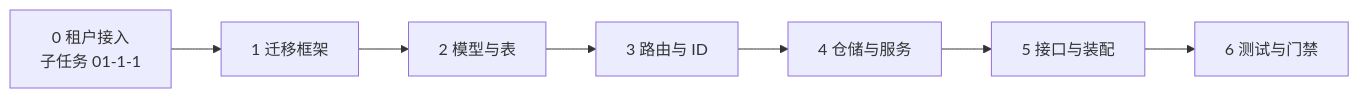
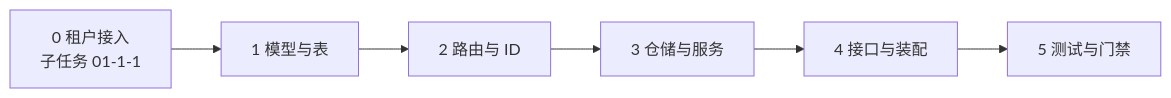
The diagram in msg文档/项目/08B_消息平台/任务/01_消息模型与投递/01_消息模型与投递_01_主题与分区模型/设计/01_详细设计_01_主题与分区模型.md (minjian123/message-platform), drawn with Mermaid before and after one commit. The commit also changed other lines of this file and 6 other files, not shown here.

````diff
--- a/msg文档/项目/08B_消息平台/任务/01_消息模型与投递/01_消息模型与投递_01_主题与分区模型/设计/01_详细设计_01_主题与分区模型.md
+++ b/msg文档/项目/08B_消息平台/任务/01_消息模型与投递/01_消息模型与投递_01_主题与分区模型/设计/01_详细设计_01_主题与分区模型.md
@@ -321,9 +335,8 @@
 ```mermaid
 flowchart LR
-    S0["0 租户接入<br/>子任务 01-1-1"] --> S1["1 迁移框架"]
-    S1 --> S2["2 模型与表"]
-    S2 --> S3["3 路由与 ID"]
-    S3 --> S4["4 仓储与服务"]
-    S4 --> S5["5 接口与装配"]
-    S5 --> S6["6 测试与门禁"]
+    S0["0 租户接入<br/>子任务 01-1-1"] --> S2["1 模型与表"]
+    S2 --> S3["2 路由与 ID"]
+    S3 --> S4["3 仓储与服务"]
+    S4 --> S5["4 接口与装配"]
+    S5 --> S6["5 测试与门禁"]
 ```
````
